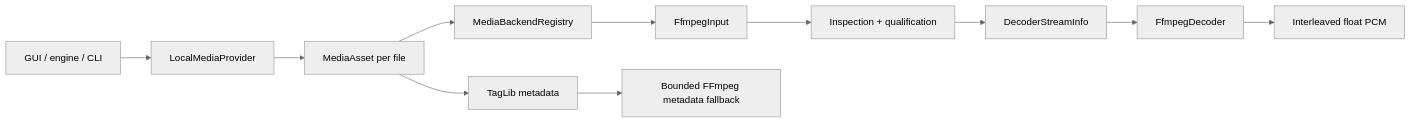
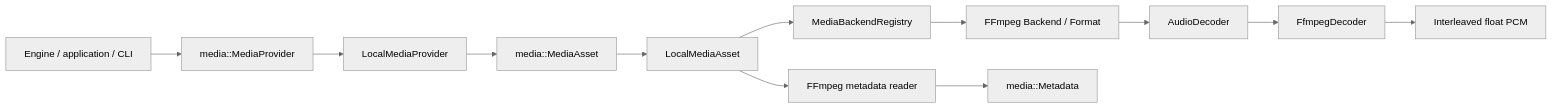
One commit to Vokerlee/wiola-player changed the first of 5 diagrams in src/codec/README.md. Above: the diagram before and after it, drawn with Mermaid (neutral theme). The commit also changed other lines of this file, not shown here.

Commit message:
docs: map codec and decoder architecture

````diff
--- a/src/codec/README.md
+++ b/src/codec/README.md
@@ -19,13 +23,14 @@
 ```mermaid
 flowchart LR
-    Caller[GUI / engine / CLI] --> Provider[LocalMediaProvider]
-    Provider --> Asset[MediaAsset per file]
-    Asset --> Tags[TagLib metadata]
-    Asset --> Registry[MediaBackendRegistry]
-    Registry --> Input[FfmpegInput]
-    Input --> Inspect[Inspection + qualification]
-    Inspect --> Facts[DecoderStreamInfo]
-    Facts --> Decoder[FfmpegDecoder]
-    Decoder --> PCM[Interleaved float PCM]
-    Tags --> Fallback[Bounded FFmpeg metadata fallback]
+    Caller[Engine / application / CLI] --> MP[media::MediaProvider]
+    MP --> LP[LocalMediaProvider]
+    LP --> MA[media::MediaAsset]
+    MA --> LA[LocalMediaAsset]
+    LA --> Metadata[FFmpeg metadata reader]
+    LA --> Registry[MediaBackendRegistry]
+    Registry --> Backend[FFmpeg Backend / Format]
+    Backend --> Decoder[AudioDecoder]
+    Decoder --> FD[FfmpegDecoder]
+    FD --> PCM[Interleaved float PCM]
+    Metadata --> MD[media::Metadata]
 ```
````
